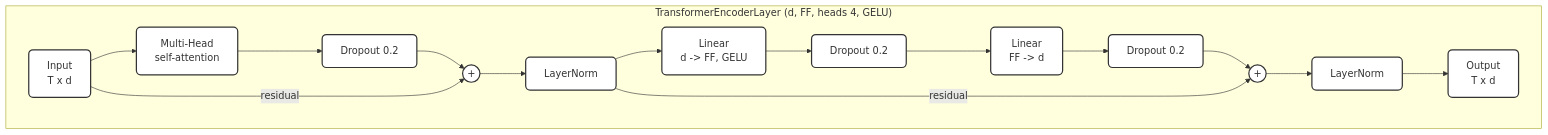
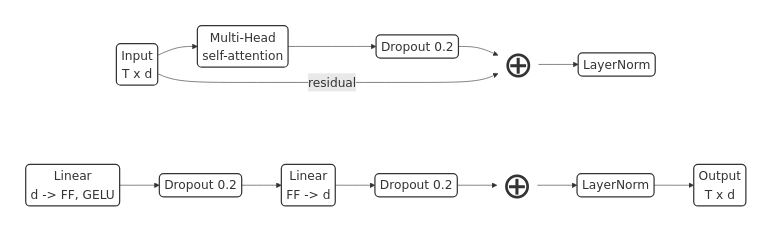
One commit to hoa2004st/CNN-in-CMOSE changed the seventh of 12 diagrams in documents/thesis/diagrams_mermaid.md. Above: the diagram before and after it, drawn with Mermaid. The commit also changed other lines of this file and 29 other files, not shown here.

Commit message:
re-draw diagram, remove line wrap

````diff
--- a/documents/thesis/diagrams_mermaid.md
+++ b/documents/thesis/diagrams_mermaid.md
@@ -129,20 +194,31 @@
 ```mermaid
-flowchart LR
-    subgraph ENC["TransformerEncoderLayer (d, FF, heads 4, GELU)"]
+---
+config:
+  themeVariables:
+    fontSize: 20px
+  flowchart:
+    padding: 4
+    nodeSpacing: 30
+    rankSpacing: 40
+---
+flowchart TB
+    subgraph r1[" "]
       direction LR
-      in["Input\nT x d"] --> MHA["Multi-Head\nself-attention"]
-      MHA --> Dr1["Dropout 0.2"]
-      Dr1 --> Ad1(("+"))
+      in["Input\nT x d"] --> MHA["Multi-Head\nself-attention"] --> Dr1["Dropout 0.2"] --> Ad1["⊕"]:::op
+      Ad1 --> LN1["LayerNorm"]
       in -- residual --> Ad1
-      Ad1 --> LN1["LayerNorm"]
-      LN1 --> FF1["Linear\nd -> FF, GELU"]
-      FF1 --> Dr2["Dropout 0.2"]
-      Dr2 --> FF2["Linear\nFF -> d"]
-      FF2 --> Dr3["Dropout 0.2"]
-      Dr3 --> Ad2(("+"))
-      LN1 -- residual --> Ad2
-      Ad2 --> LN2["LayerNorm"]
-      LN2 --> out["Output\nT x d"]
     end
+    subgraph r2[" "]
+      direction LR
+      FF1["Linear\nd -> FF, GELU"] --> Dr2["Dropout 0.2"] --> FF2["Linear\nFF -> d"] --> Dr3["Dropout 0.2"] --> Ad2["⊕"]:::op
+      Ad2 --> LN2["LayerNorm"] --> out["Output\nT x d"]
+    end
+    r1 ~~~ r2
+    style r1 fill:none,stroke:none
+    style r2 fill:none,stroke:none
     classDef default fill:#ffffff,stroke:#333,stroke-width:2px,rx:7px,ry:7px
+    classDef op fill:none,stroke:none,font-size:60px
+
+%% Draw these two seam arrows by hand in the editor (cross-row, can't be auto-rendered without
+%% collapsing the LR rows): LN1 --> FF1  (main flow)   and   LN1 -- residual --> Ad2  (skip connection)
 ```
````
